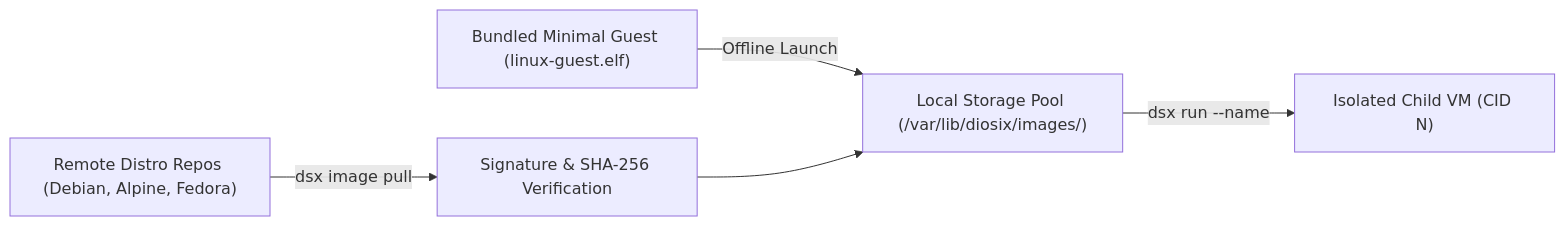
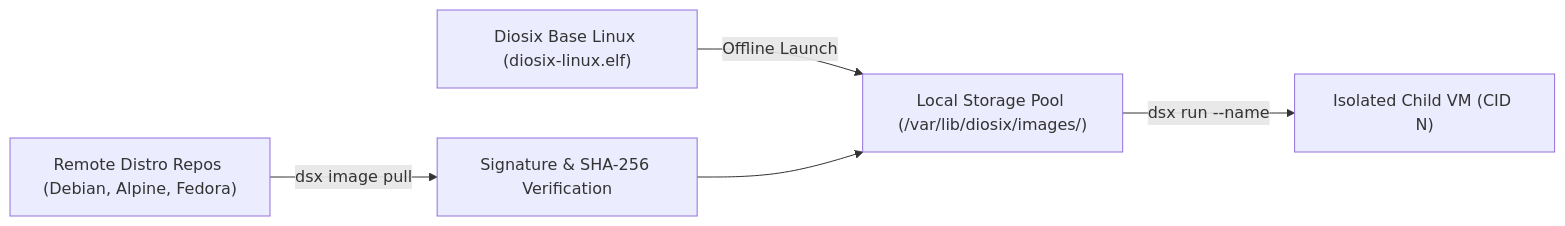
The second of 2 diagrams in docs/live-and-install-plan.md (diodesign/diosix), drawn with Mermaid before and after one commit. The commit also changed 97 other files, not shown here.

````diff
--- a/docs/live-and-install-plan.md
+++ b/docs/live-and-install-plan.md
@@ -202,13 +202,13 @@
 ```mermaid
 flowchart LR
-    A["Bundled Minimal Guest (linux-guest.elf)"]
+    A["Diosix Base Linux (diosix-linux.elf)"]
     B["Remote Distro Repos (Debian, Alpine, Fedora)"]
     POOL["Local Storage Pool (/var/lib/diosix/images/)"]
     CRYPTO["Signature & SHA-256 Verification"]
     GUEST["Isolated Child VM (CID N)"]
 
     A -->|Offline Launch| POOL
     B -->|dsx image pull| CRYPTO
     CRYPTO --> POOL
     POOL -->|dsx run --name <name>| GUEST
 ```
````
